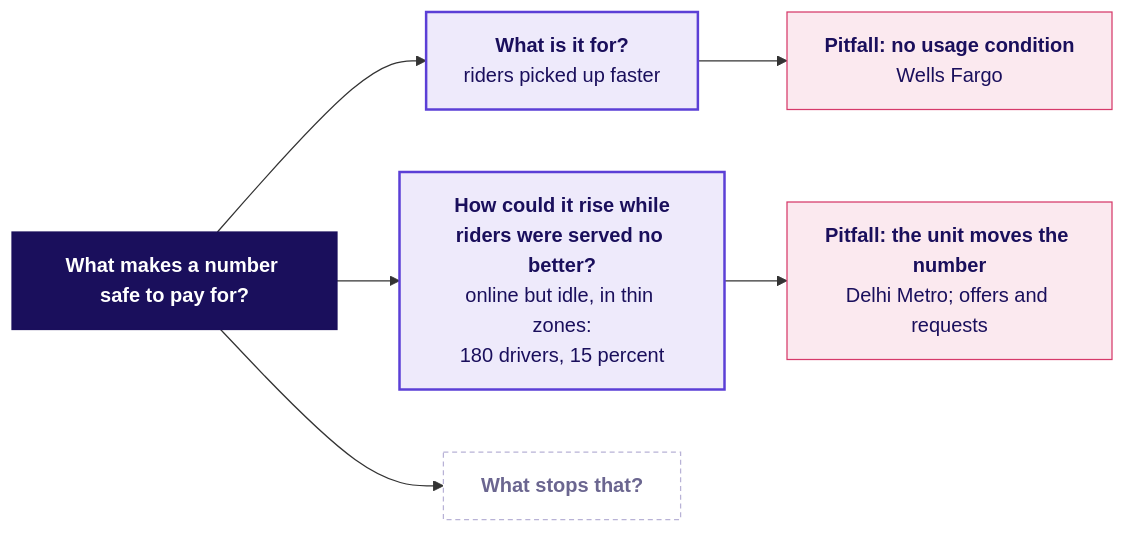
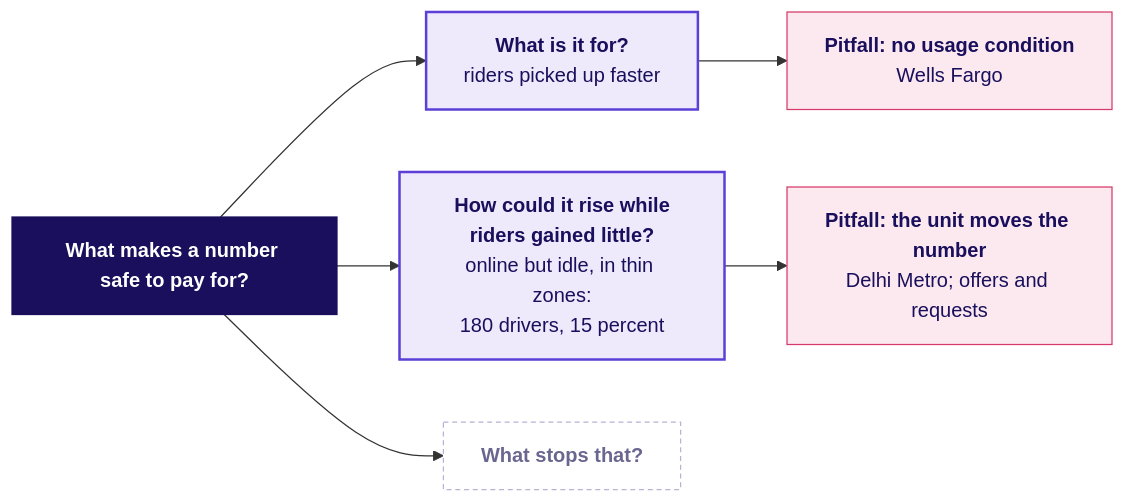
One commit to fde-academy-lab/c2-content-factory changed diagram 14 of 19 in content/W04/D1/whiteboards/C2_W04_D01_board_work_STUDENT.md. Above: the diagram before and after it, drawn with Mermaid. The commit also changed other lines of this file and 4 other files, not shown here.

````diff
--- a/content/W04/D1/whiteboards/C2_W04_D01_board_work_STUDENT.md
+++ b/content/W04/D1/whiteboards/C2_W04_D01_board_work_STUDENT.md
@@ -320,22 +336,22 @@
 ```mermaid
 flowchart LR
     Q["<b>What makes a number safe to pay for?</b>"]
     Q1["<b>What is it for?</b><br/>riders picked up faster"]
-    Q2["<b>How could it rise while<br/>riders were served no better?</b><br/>online but idle, in thin zones:<br/>180 drivers, 15 percent"]
+    Q2["<b>How could it rise while<br/>riders gained little?</b><br/>online but idle, in thin zones:<br/>180 drivers, 15 percent"]
     Q3["<b>What stops that?</b>"]
     P1["<b>Pitfall: no usage condition</b><br/>Wells Fargo"]
     P2["<b>Pitfall: the unit moves the number</b><br/>Delhi Metro; offers and requests"]
     Q --> Q1
     Q --> Q2
     Q --> Q3
     Q1 --> P1
     Q2 --> P2
     classDef lit fill:#1A0F5C,stroke:#1A0F5C,color:#FFFFFF
     classDef known fill:#EEEAFB,stroke:#5B3FD6,color:#1A0F5C,stroke-width:2px
     classDef unknown fill:#FFFFFF,stroke:#B8B2D6,color:#6B6690,stroke-dasharray:4 3
     classDef bad fill:#FBE9EF,stroke:#D63A6A,color:#1A0F5C
     class Q lit
     class Q1,Q2 known
     class Q3 unknown
     class P1,P2 bad
 ```
````
